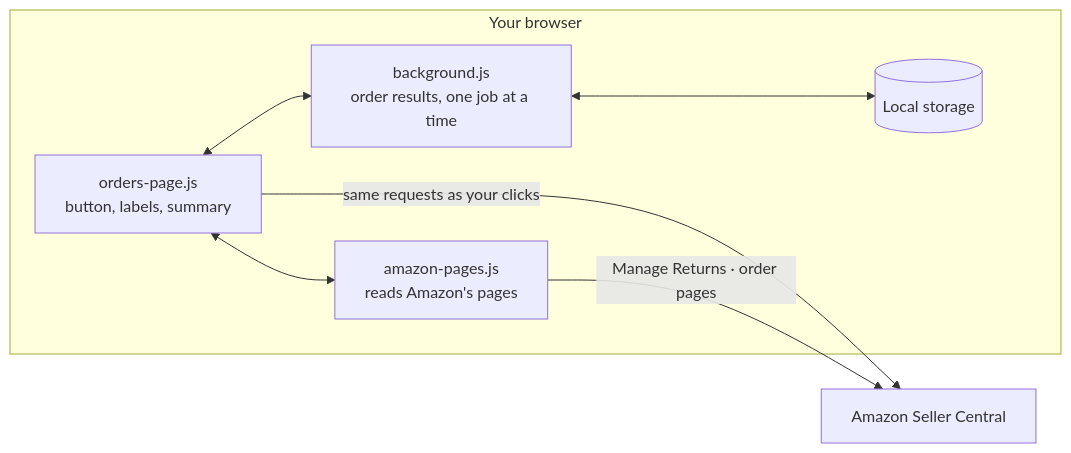
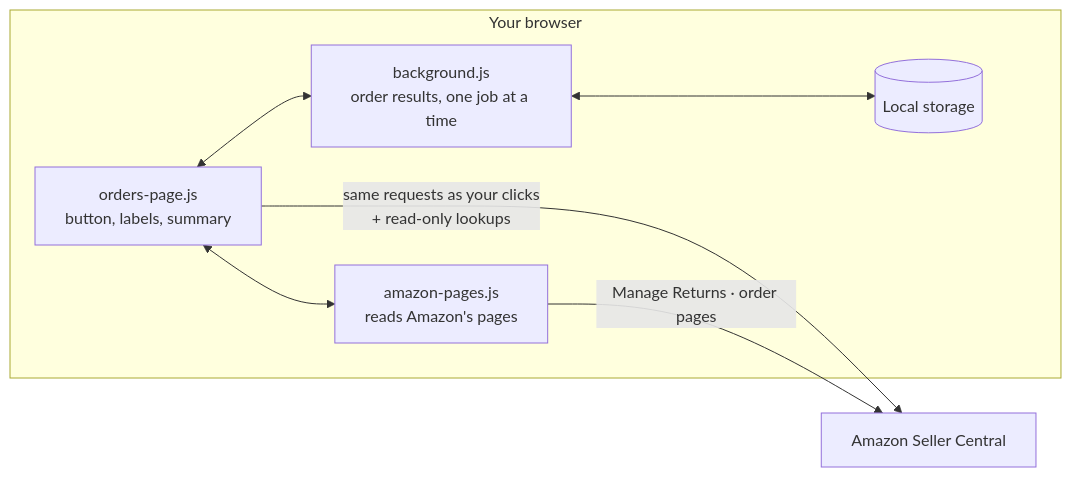
Before and after one commit to Golps/ReviewNudge: the diagram in README.md, drawn with Mermaid. The commit also changed other lines of this file and 12 other files, not shown here.

````diff
--- a/README.md
+++ b/README.md
@@ -194,15 +196,15 @@
 ```mermaid
 flowchart LR
   subgraph Browser["Your browser"]
     UI["orders-page.js<br>button, labels, summary"]
     PG["amazon-pages.js<br>reads Amazon's pages"]
     BG["background.js<br>order results, one job at a time"]
     ST[("Local storage")]
   end
   SC["Amazon Seller Central"]
   UI <--> PG
   UI <--> BG
   BG <--> ST
-  UI -- "same requests as your clicks" --> SC
+  UI -- "same requests as your clicks<br>+ read-only lookups" --> SC
   PG -- "Manage Returns · order pages" --> SC
 ```
````
